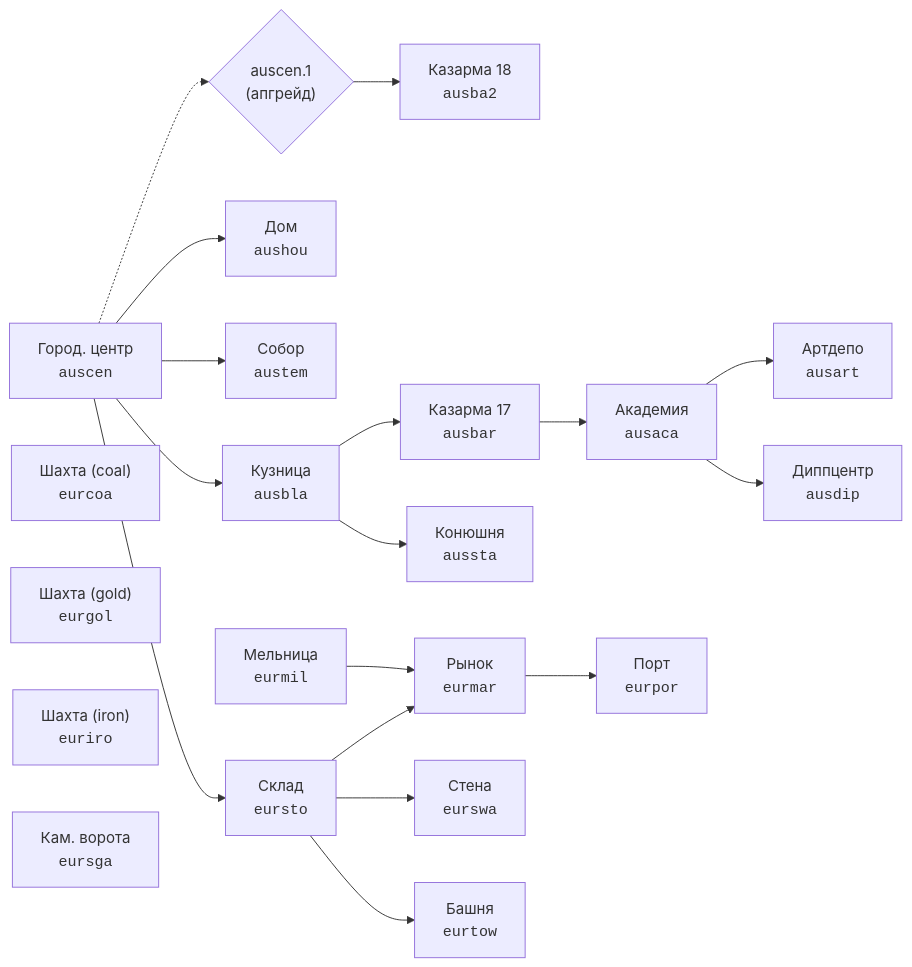
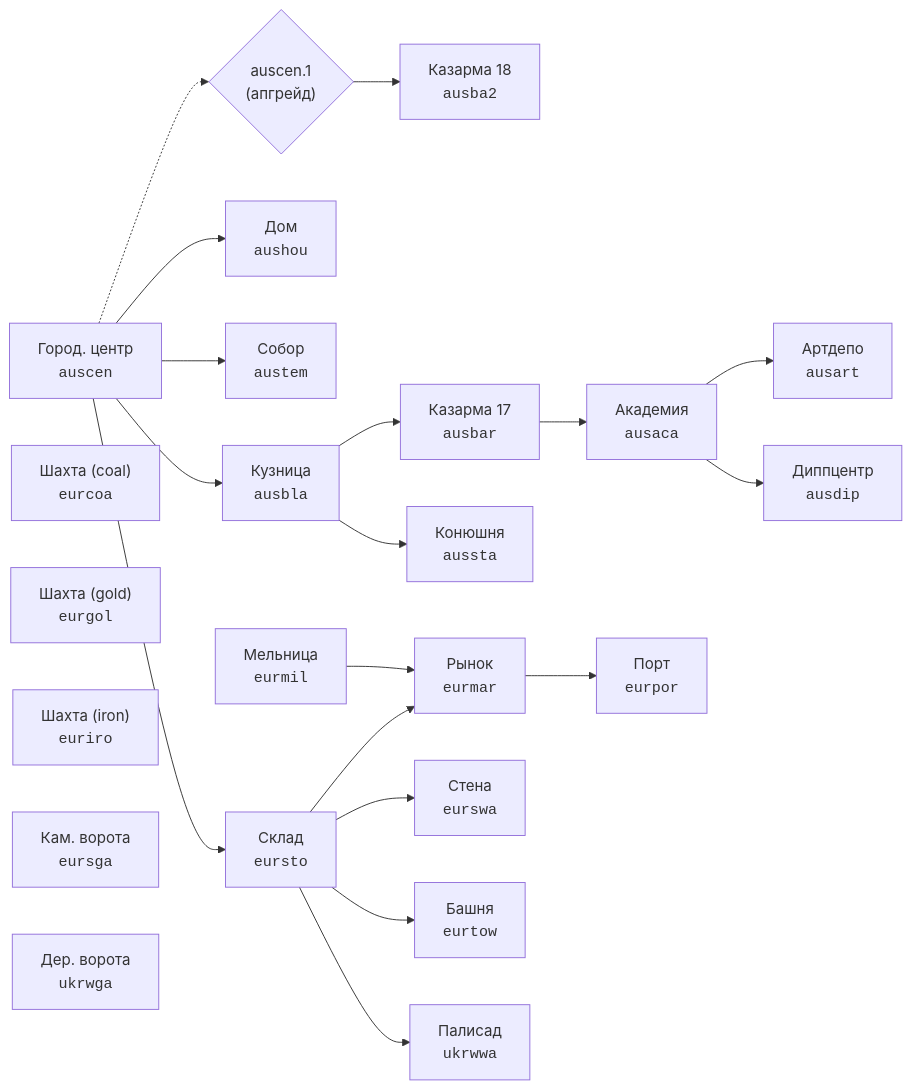
One commit to anyalink99/cossacks-3-almanac changed the diagram in docs/reports/tech/tech_tree.md. Above: the diagram before and after it, drawn with Mermaid. The commit also changed other lines of this file and 48 other files, not shown here.

````diff
--- a/docs/reports/tech/tech_tree.md
+++ b/docs/reports/tech/tech_tree.md
@@ -14,40 +14,43 @@
 ```mermaid
 graph LR
     ausaca["Академия<br/><code>ausaca</code>"]
     ausart["Артдепо<br/><code>ausart</code>"]
     ausba2["Казарма 18<br/><code>ausba2</code>"]
     ausbar["Казарма 17<br/><code>ausbar</code>"]
     ausbla["Кузница<br/><code>ausbla</code>"]
     auscen["Город. центр<br/><code>auscen</code>"]
     ausdip["Диппцентр<br/><code>ausdip</code>"]
     aushou["Дом<br/><code>aushou</code>"]
     aussta["Конюшня<br/><code>aussta</code>"]
     austem["Собор<br/><code>austem</code>"]
     eurcoa["Шахта (coal)<br/><code>eurcoa</code>"]
     eurgol["Шахта (gold)<br/><code>eurgol</code>"]
     euriro["Шахта (iron)<br/><code>euriro</code>"]
     eurmar["Рынок<br/><code>eurmar</code>"]
     eurmil["Мельница<br/><code>eurmil</code>"]
     eurpor["Порт<br/><code>eurpor</code>"]
     eursga["Кам. ворота<br/><code>eursga</code>"]
     eursto["Склад<br/><code>eursto</code>"]
     eurswa["Стена<br/><code>eurswa</code>"]
     eurtow["Башня<br/><code>eurtow</code>"]
+    ukrwga["Дер. ворота<br/><code>ukrwga</code>"]
+    ukrwwa["Палисад<br/><code>ukrwwa</code>"]
     ausbar --> ausaca
     ausaca --> ausart
     auscen_1{"auscen.1<br/>(апгрейд)"}
     auscen_1 --> ausba2
     auscen -.-> auscen_1
     ausbla --> ausbar
     auscen --> ausbla
     ausaca --> ausdip
     auscen --> aushou
     ausbla --> aussta
     auscen --> austem
     eurmil --> eurmar
     eursto --> eurmar
     eurmar --> eurpor
     auscen --> eursto
     eursto --> eurswa
     eursto --> eurtow
+    eursto --> ukrwwa
 ```
````
